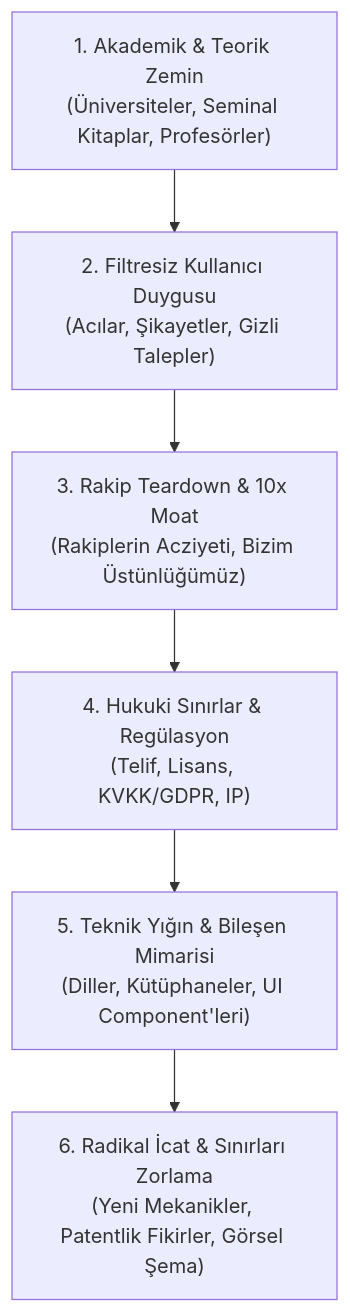
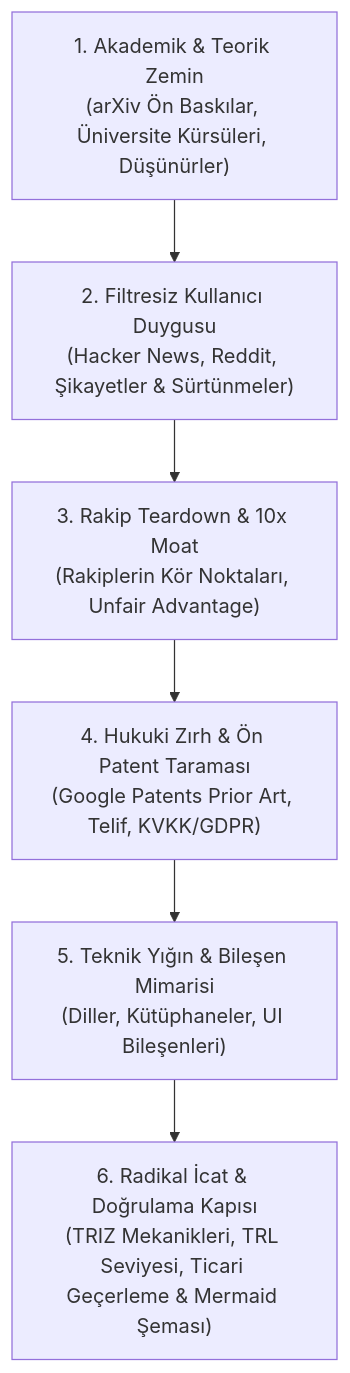
Before and after one commit to omerefezobar-jpg/zobar-skill: the diagram in README.md, drawn with Mermaid. The commit also changed other lines of this file and 9 other files, not shown here.

````diff
--- a/README.md
+++ b/README.md
@@ -45,8 +41,8 @@
 ```mermaid
 flowchart TD
-    F1["1. Akademik & Teorik Zemin<br/>(Üniversiteler, Seminal Kitaplar, Profesörler)"] --> F2["2. Filtresiz Kullanıcı Duygusu<br/>(Acılar, Şikayetler, Gizli Talepler)"]
-    F2 --> F3["3. Rakip Teardown & 10x Moat<br/>(Rakiplerin Acziyeti, Bizim Üstünlüğümüz)"]
-    F3 --> F4["4. Hukuki Sınırlar & Regülasyon<br/>(Telif, Lisans, KVKK/GDPR, IP)"]
-    F4 --> F5["5. Teknik Yığın & Bileşen Mimarisi<br/>(Diller, Kütüphaneler, UI Component'leri)"]
-    F5 --> F6["6. Radikal İcat & Sınırları Zorlama<br/>(Yeni Mekanikler, Patentlik Fikirler, Görsel Şema)"]
+    F1["1. Akademik & Teorik Zemin<br/>(arXiv Ön Baskılar, Üniversite Kürsüleri, Düşünürler)"] --> F2["2. Filtresiz Kullanıcı Duygusu<br/>(Hacker News, Reddit, Şikayetler & Sürtünmeler)"]
+    F2 --> F3["3. Rakip Teardown & 10x Moat<br/>(Rakiplerin Kör Noktaları, Unfair Advantage)"]
+    F3 --> F4["4. Hukuki Zırh & Ön Patent Taraması<br/>(Google Patents Prior Art, Telif, KVKK/GDPR)"]
+    F4 --> F5["5. Teknik Yığın & Bileşen Mimarisi<br/>(Diller, Kütüphaneler, UI Bileşenleri)"]
+    F5 --> F6["6. Radikal İcat & Doğrulama Kapısı<br/>(TRIZ Mekanikleri, TRL Seviyesi, Ticari Geçerleme & Mermaid Şeması)"]
 ```
````
